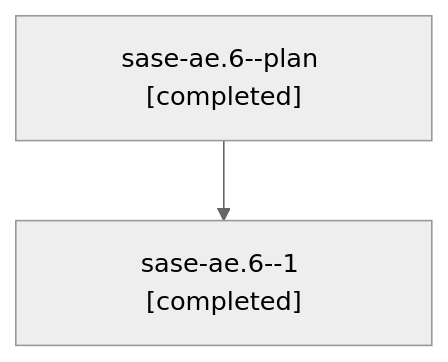
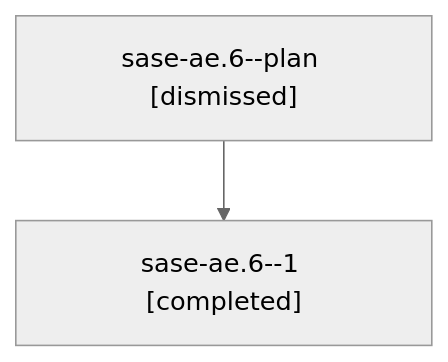
Before and after one commit to sase-org/sase--agents: the diagram in families/bbugyi200.athena.sase-ae.6.md, drawn with Mermaid (neutral theme). The commit also changed other lines of this file and 947 other files, not shown here.

````diff
--- a/families/bbugyi200.athena.sase-ae.6.md
+++ b/families/bbugyi200.athena.sase-ae.6.md
@@ -9,6 +9,6 @@
 ```mermaid
 flowchart TD
-  n0["sase-ae.6--plan [completed]"]
+  n0["sase-ae.6--plan [dismissed]"]
   n1["sase-ae.6--1 [completed]"]
   n0 --> n1
 ```
````
